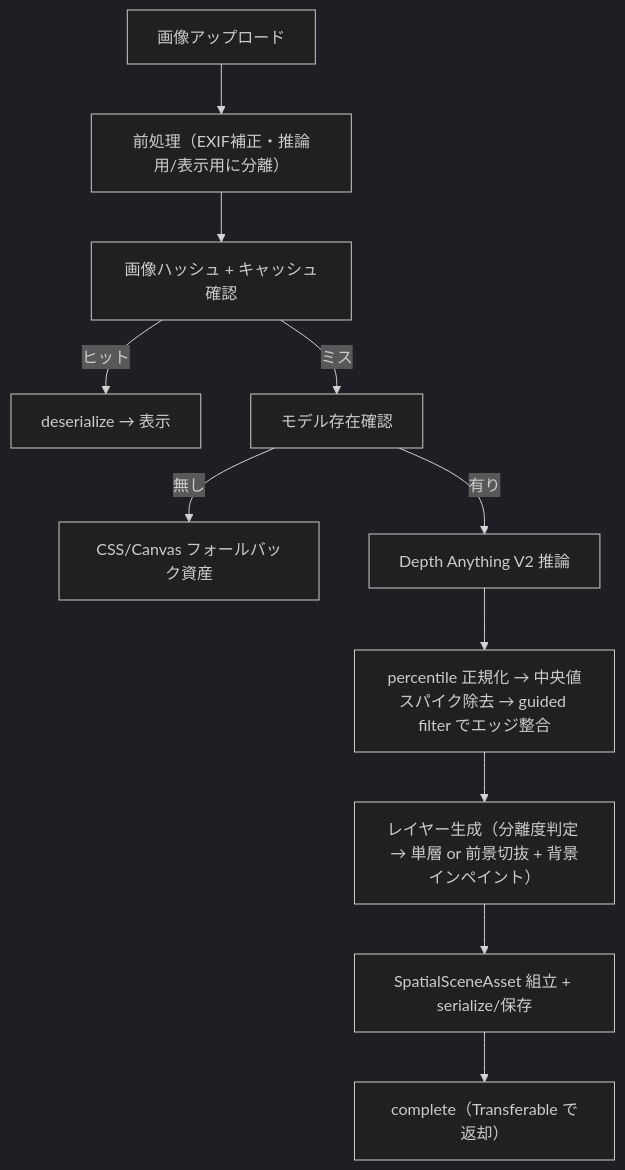
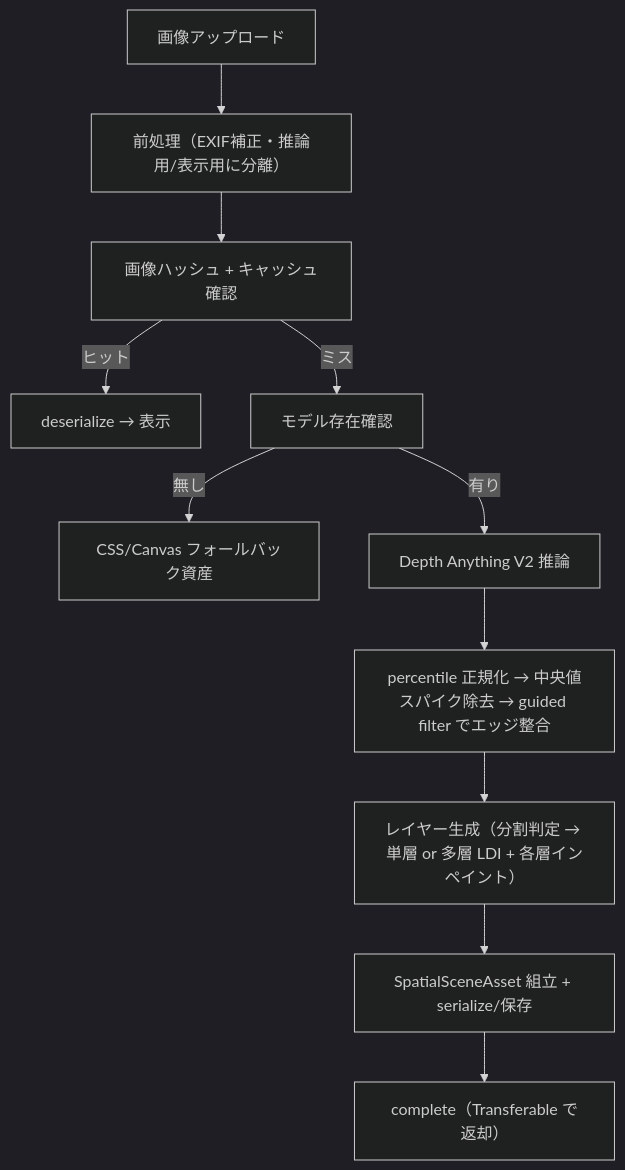
The first of 3 diagrams in docs/03-Pipeline.md (antaku66/parallax-image-generator), drawn with Mermaid before and after one commit. The commit also changed other lines of this file and 3 other files, not shown here.

````diff
--- a/docs/03-Pipeline.md
+++ b/docs/03-Pipeline.md
@@ -7,14 +7,14 @@
 ```mermaid
 %%{init: {'theme':'dark'}}%%
 flowchart TD
     A["画像アップロード"] --> B["前処理（EXIF補正・推論用/表示用に分離）"]
     B --> H["画像ハッシュ + キャッシュ確認"]
     H -->|ヒット| Z["deserialize → 表示"]
     H -->|ミス| C["モデル存在確認"]
     C -->|無し| F["CSS/Canvas フォールバック資産"]
     C -->|有り| D["Depth Anything V2 推論"]
     D --> E["percentile 正規化 → 中央値スパイク除去 → guided filter でエッジ整合"]
-    E --> G["レイヤー生成（分離度判定 → 単層 or 前景切抜 + 背景インペイント）"]
+    E --> G["レイヤー生成（分割判定 → 単層 or 多層 LDI + 各層インペイント）"]
     G --> J["SpatialSceneAsset 組立 + serialize/保存"]
     J --> K["complete（Transferable で返却）"]
 ```
````
